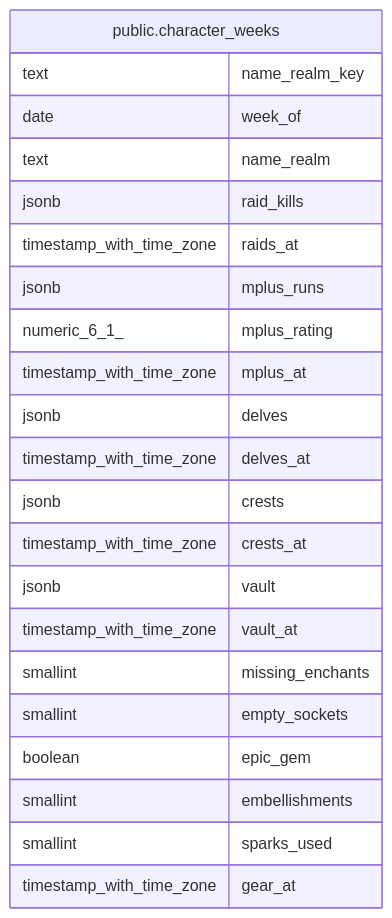
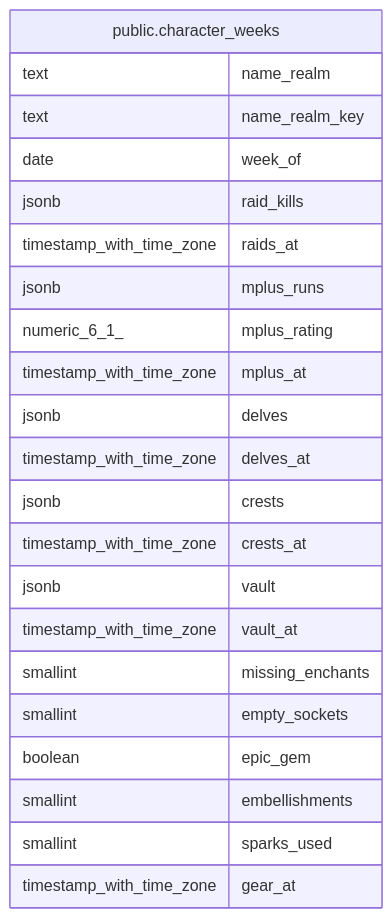
Before and after one commit to katogaming88/WGA-Raid-Hub: the diagram in dbdoc/public.character_weeks.md, drawn with Mermaid. The commit also changed other lines of this file and 7 other files, not shown here.

````diff
--- a/dbdoc/public.character_weeks.md
+++ b/dbdoc/public.character_weeks.md
@@ -59,27 +58,27 @@
 ```mermaid
 erDiagram
 
 
 "public.character_weeks" {
+  text name_realm
   text name_realm_key
   date week_of
-  text name_realm
   jsonb raid_kills
   timestamp_with_time_zone raids_at
   jsonb mplus_runs
   numeric_6_1_ mplus_rating
   timestamp_with_time_zone mplus_at
   jsonb delves
   timestamp_with_time_zone delves_at
   jsonb crests
   timestamp_with_time_zone crests_at
   jsonb vault
   timestamp_with_time_zone vault_at
   smallint missing_enchants
   smallint empty_sockets
   boolean epic_gem
   smallint embellishments
   smallint sparks_used
   timestamp_with_time_zone gear_at
 }
 ```
````
